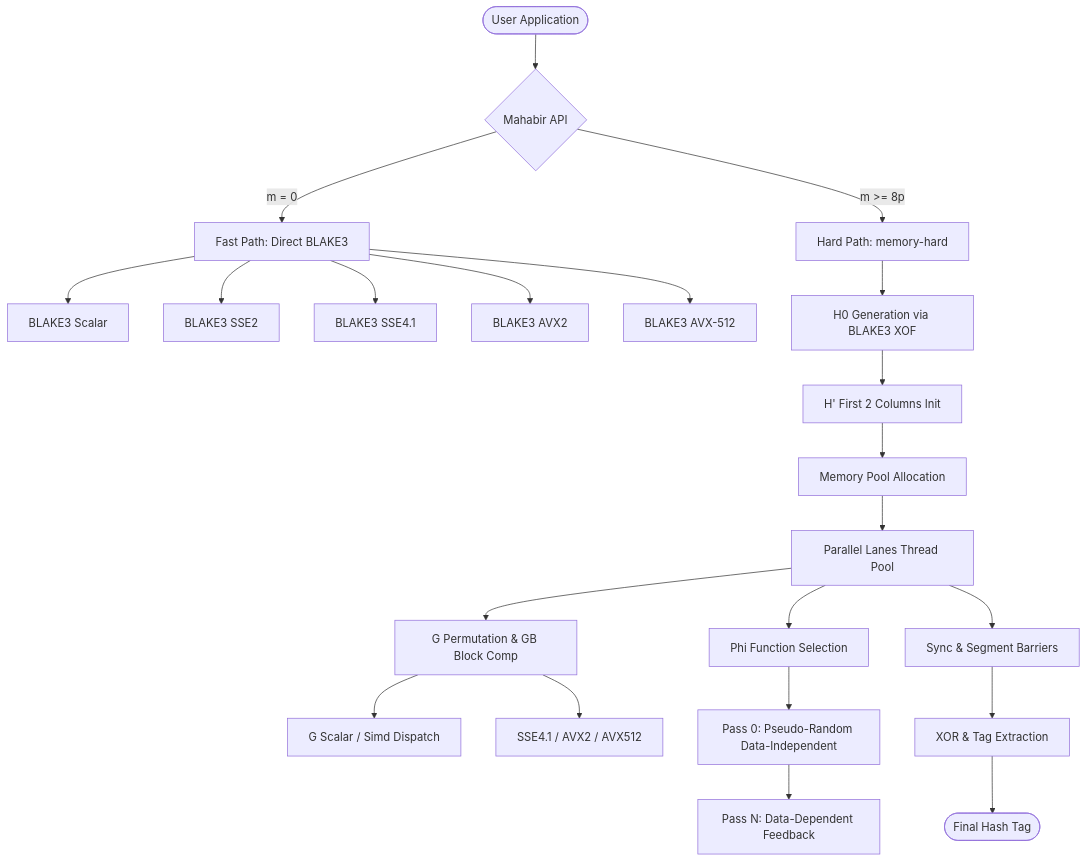
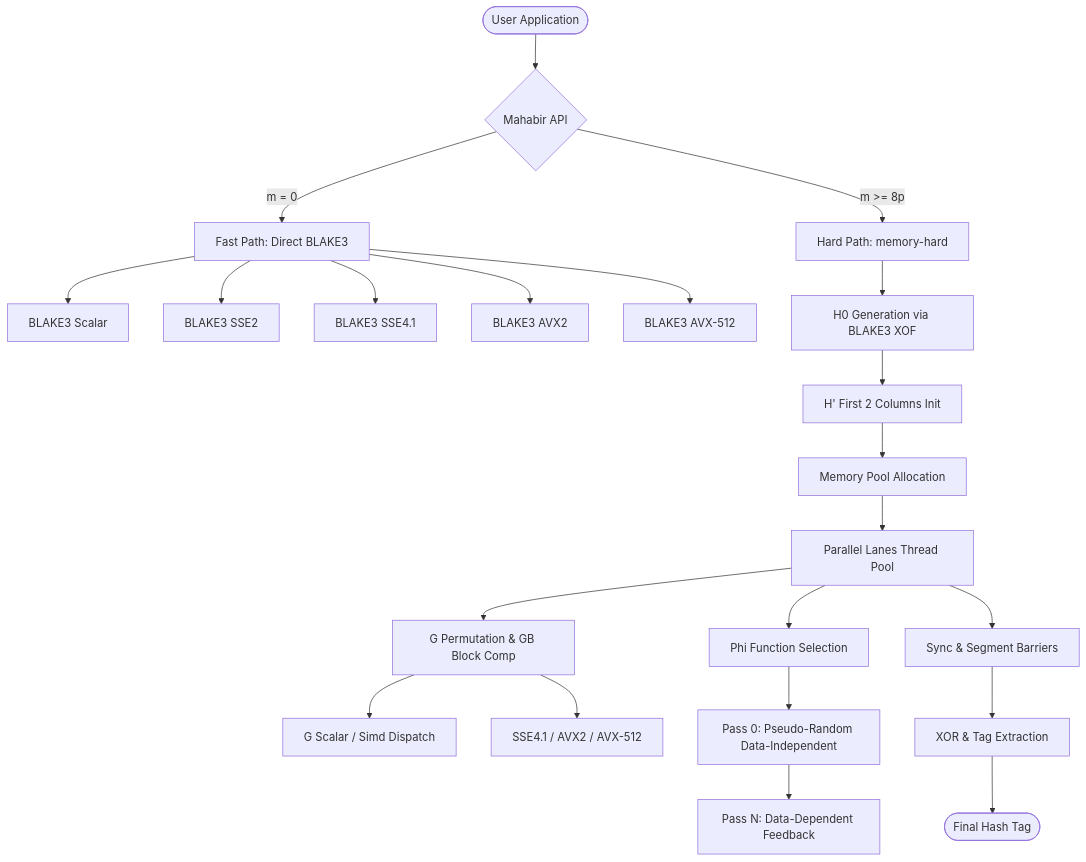
One commit to UtkarshaLab/mahabir changed the diagram in README.md. Above: the diagram before and after it, drawn with Mermaid. The commit also changed other lines of this file, not shown here.

Commit message:
docs: standardize AVX-512 hyphenation, add interactive anchors for badges, and correct AVX2 multiplication instruction in G/GB table

````diff
--- a/README.md
+++ b/README.md
@@ -87,31 +87,31 @@
 ```mermaid
 graph TD
     User([User Application]) --> API{Mahabir API}
     
     %% Fast Path
     API -->|m = 0| Fast[Fast Path: Direct BLAKE3]
     Fast --> B3_Scalar[BLAKE3 Scalar]
     Fast --> B3_SSE2[BLAKE3 SSE2]
     Fast --> B3_SSE41[BLAKE3 SSE4.1]
     Fast --> B3_AVX2[BLAKE3 AVX2]
     Fast --> B3_AVX512[BLAKE3 AVX-512]
     
     %% Hard Path
     API -->|m >= 8p| Hard[Hard Path: memory-hard]
     Hard --> Init[H0 Generation via BLAKE3 XOF]
     Init --> FillInit[H' First 2 Columns Init]
     FillInit --> MMap[Memory Pool Allocation]
     
     MMap --> Threads[Parallel Lanes Thread Pool]
     Threads --> StepG[G Permutation & GB Block Comp]
     StepG --> ScalarG[G Scalar / Simd Dispatch]
-    StepG --> SimdG[SSE4.1 / AVX2 / AVX512]
+    StepG --> SimdG[SSE4.1 / AVX2 / AVX-512]
     
     Threads --> Phi[Phi Function Selection]
     Phi --> Pass0[Pass 0: Pseudo-Random Data-Independent]
     Pass0 --> PassN[Pass N: Data-Dependent Feedback]
     
     Threads --> Sync[Sync & Segment Barriers]
     Sync --> Finalize[XOR & Tag Extraction]
     Finalize --> Output([Final Hash Tag])
 ```
````
